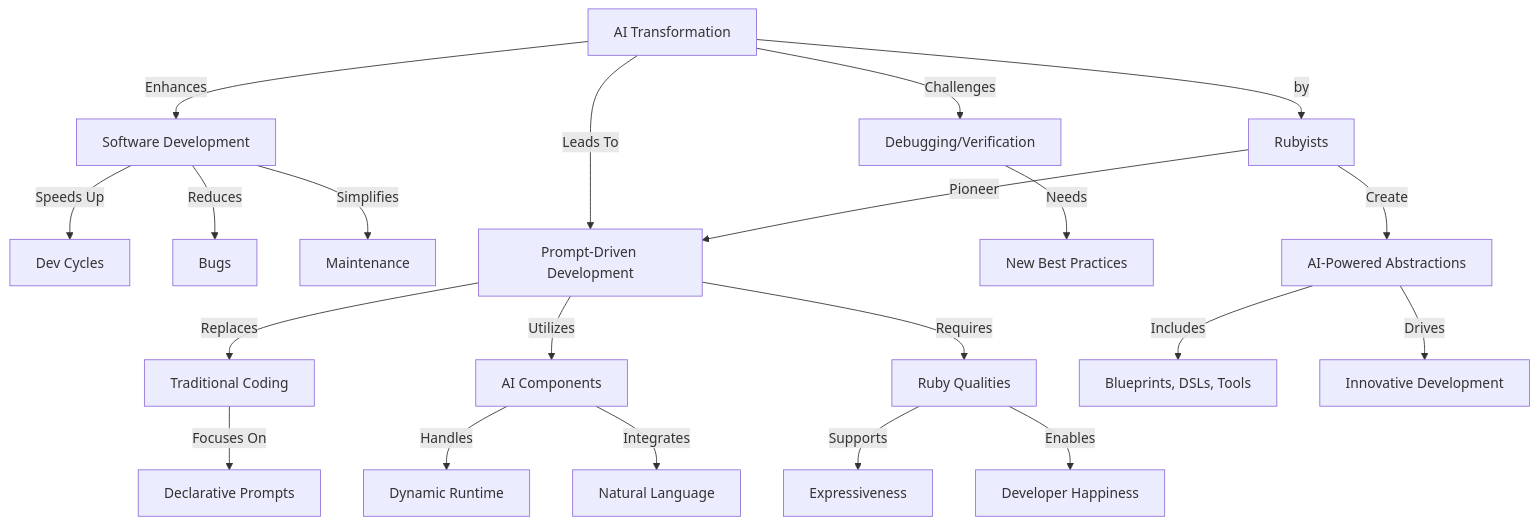
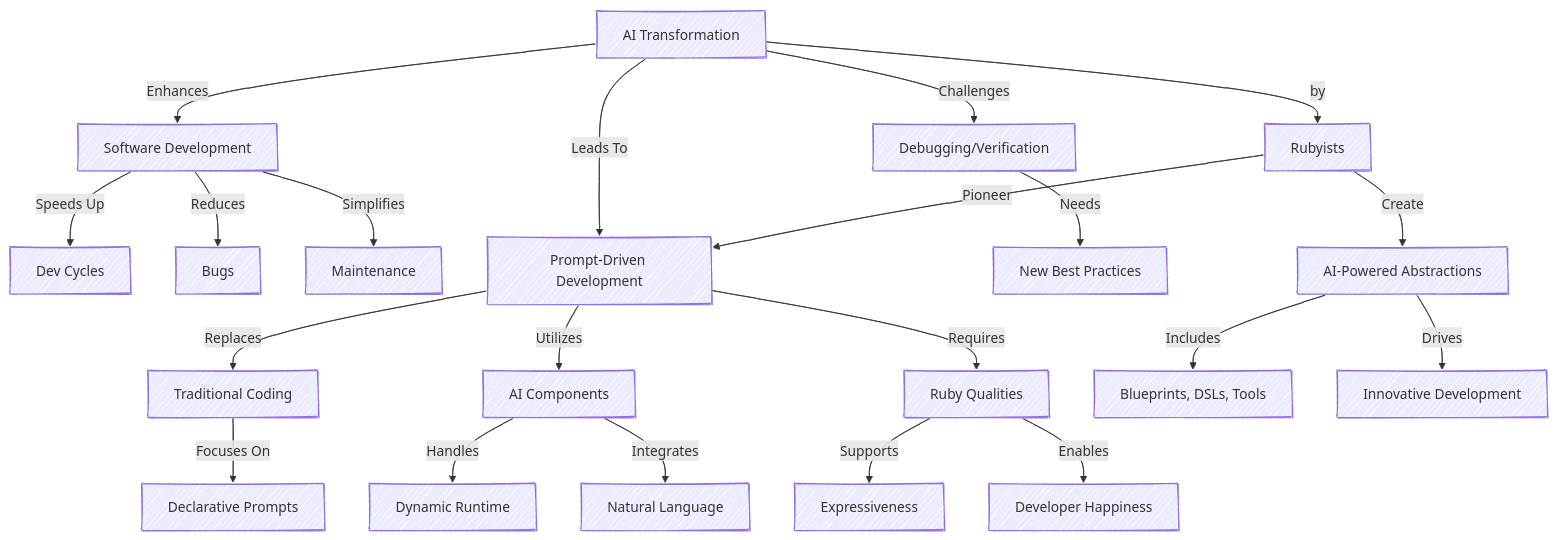
Before and after one commit to enogrob/enogrob.github.io: the diagram in _posts/2025-04-02-rubyists-leading-the-way-in-the-ai-revolution.md, drawn with Mermaid. The commit also changed 4 other files, not shown here.

Commit message:
update-mermaid-to-sketch-style

````diff
--- a/_posts/2025-04-02-rubyists-leading-the-way-in-the-ai-revolution.md
+++ b/_posts/2025-04-02-rubyists-leading-the-way-in-the-ai-revolution.md
@@ -59,27 +59,28 @@
 ```mermaid!
 graph TD  
+%%{init: {"theme": "default", "look": "handDrawn"}}%%
     A[AI Transformation] -->|Enhances| B[Software Development]  
     B -->|Speeds Up| C[Dev Cycles]  
     B -->|Reduces| D[Bugs]  
     B -->|Simplifies| E[Maintenance]  
 
     A -->|Leads To| F[Prompt-Driven Development]  
     F -->|Replaces| G[Traditional Coding]  
     G -->|Focuses On| H[Declarative Prompts]  
 
     F -->|Utilizes| I[AI Components]  
     I -->|Handles| J[Dynamic Runtime]  
     I -->|Integrates| K[Natural Language]  
 
     F -->|Requires| L[Ruby Qualities]  
     L -->|Supports| M[Expressiveness]  
     L -->|Enables| N[Developer Happiness]  
 
     A -->|Challenges| O[Debugging/Verification]  
     O -->|Needs| Q[New Best Practices]  
 
     A --> |by| P[Rubyists] -->|Pioneer| F  
     P -->|Create| R[AI-Powered Abstractions]  
     R -->|Includes| S[Blueprints, DSLs, Tools]  
     R -->|Drives| T[Innovative Development]   
 ```
````
